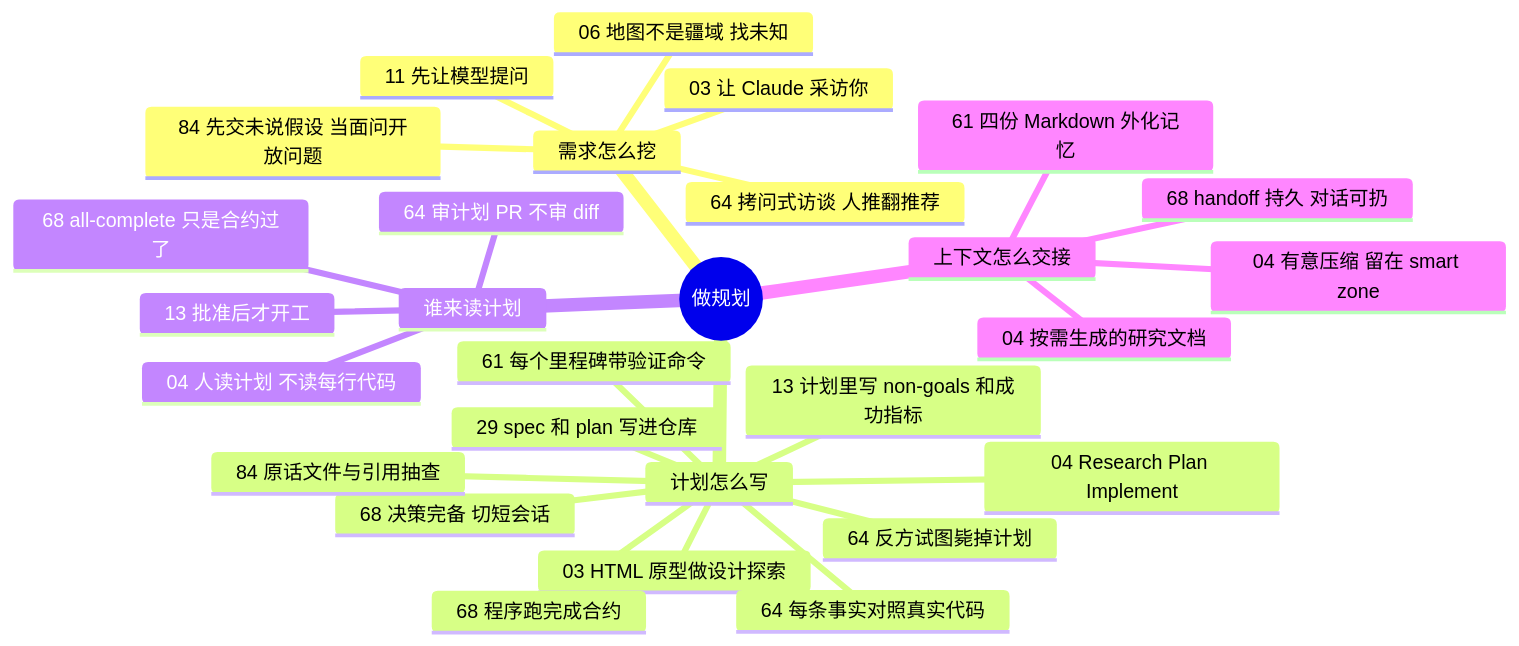
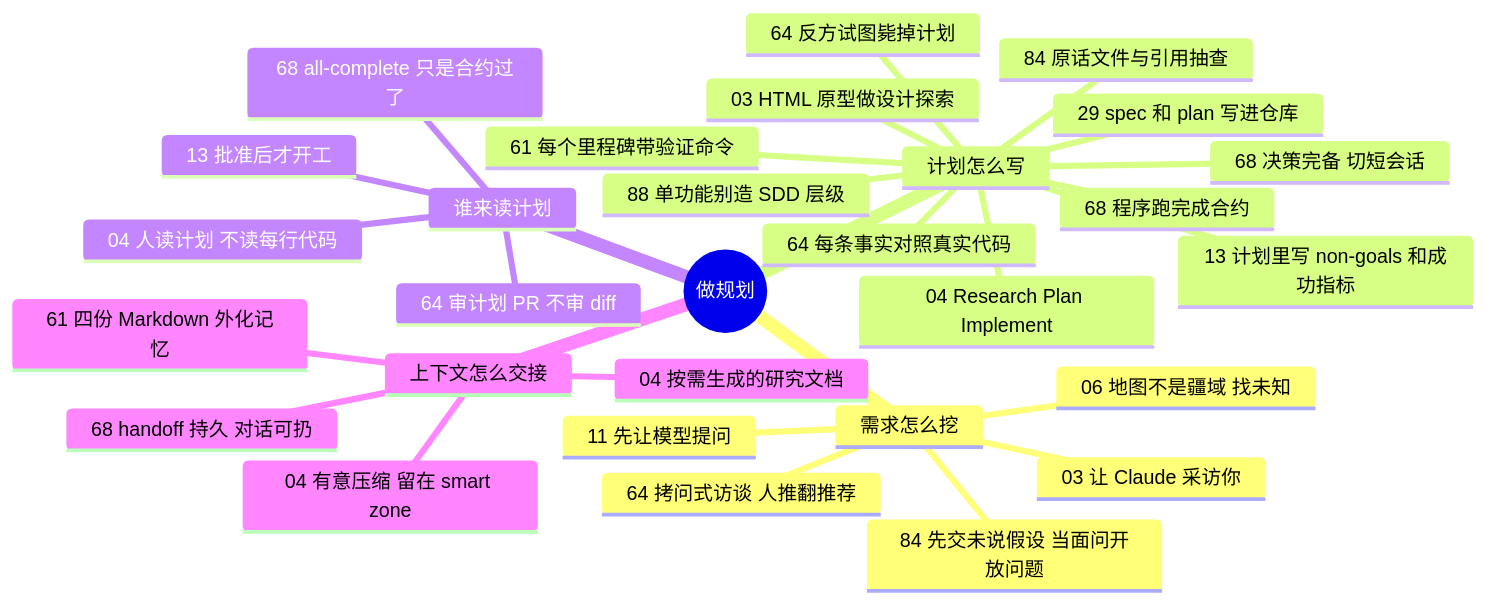
One commit to yzw7489757/ai-coding-videos changed the diagram in docs/guide/planning.md. Above: the diagram before and after it, drawn with Mermaid. The commit also changed other lines of this file and 17 other files, not shown here.

````diff
--- a/docs/guide/planning.md
+++ b/docs/guide/planning.md
@@ -13,31 +13,32 @@
 ```mermaid
 mindmap
   root((做规划))
     需求怎么挖
       03 让 Claude 采访你
       06 地图不是疆域 找未知
       11 先让模型提问
       64 拷问式访谈 人推翻推荐
       84 先交未说假设 当面问开放问题
     计划怎么写
       04 Research Plan Implement
       13 计划里写 non-goals 和成功指标
       03 HTML 原型做设计探索
       29 spec 和 plan 写进仓库
       61 每个里程碑带验证命令
       64 每条事实对照真实代码
       64 反方试图毙掉计划
       68 决策完备 切短会话
       68 程序跑完成合约
       84 原话文件与引用抽查
+      88 单功能别造 SDD 层级
     谁来读计划
       04 人读计划 不读每行代码
       13 批准后才开工
       64 审计划 PR 不审 diff
       68 all-complete 只是合约过了
     上下文怎么交接
       04 有意压缩 留在 smart zone
       04 按需生成的研究文档
       61 四份 Markdown 外化记忆
       68 handoff 持久 对话可扔
 ```
````
